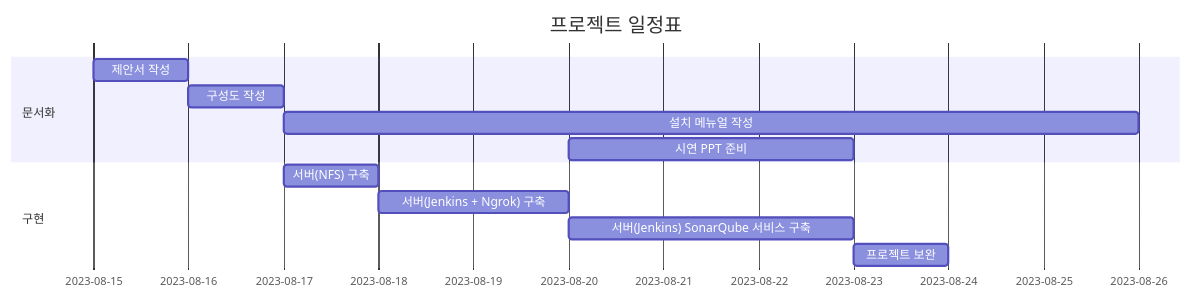
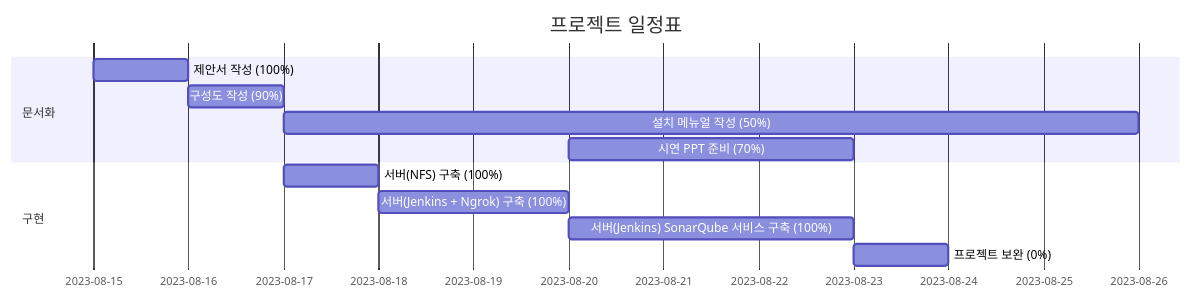
One commit to KimJeongHoon190/First_Project changed the diagram in README.md. Above: the diagram before and after it, drawn with Mermaid. The commit also changed 2 other files, not shown here.

````diff
--- a/README.md
+++ b/README.md
@@ -3,17 +3,17 @@
 ```mermaid
 gantt
     title 프로젝트 일정표
     dateFormat  YYYY-MM-DD
     section 문서화
-    제안서 작성  : a1, 2023-08-15, 1d
-    구성도 작성  : after a1, 1d
-    설치 메뉴얼 작성 : after a1, 2023-08-17, 9d
-    시연 PPT 준비 : after a1, 2023-08-20, 3d
+    제안서 작성 (100%) : a1, 2023-08-15, 1d
+    구성도 작성 (90%) : after a1, 1d
+    설치 메뉴얼 작성 (50%): after a1, 2023-08-17, 9d
+    시연 PPT 준비 (70%): after a1, 2023-08-20, 3d
    
 
     section 구현
-    서버(NFS) 구축  : b1, 2023-08-17, 1d
-    서버(Jenkins + Ngrok) 구축 :after b1, 2d
-    서버(Jenkins) SonarQube 서비스 구축: b3, 2023-08-20, 3d
-    프로젝트 보완 : after b3, 1d
+    서버(NFS) 구축 (100%) : b1, 2023-08-17, 1d
+    서버(Jenkins + Ngrok) 구축 (100%):after b1, 2d
+    서버(Jenkins) SonarQube 서비스 구축 (100%): b3, 2023-08-20, 3d
+    프로젝트 보완 (0%): after b3, 1d
 ```
````
